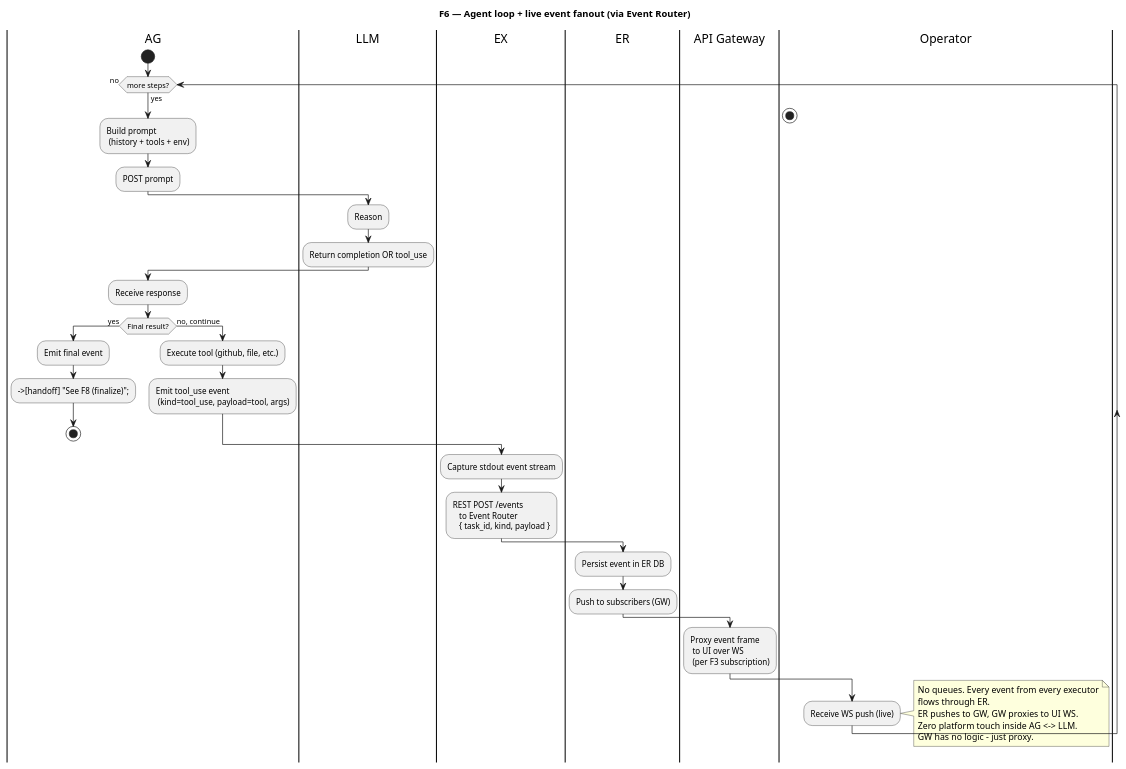
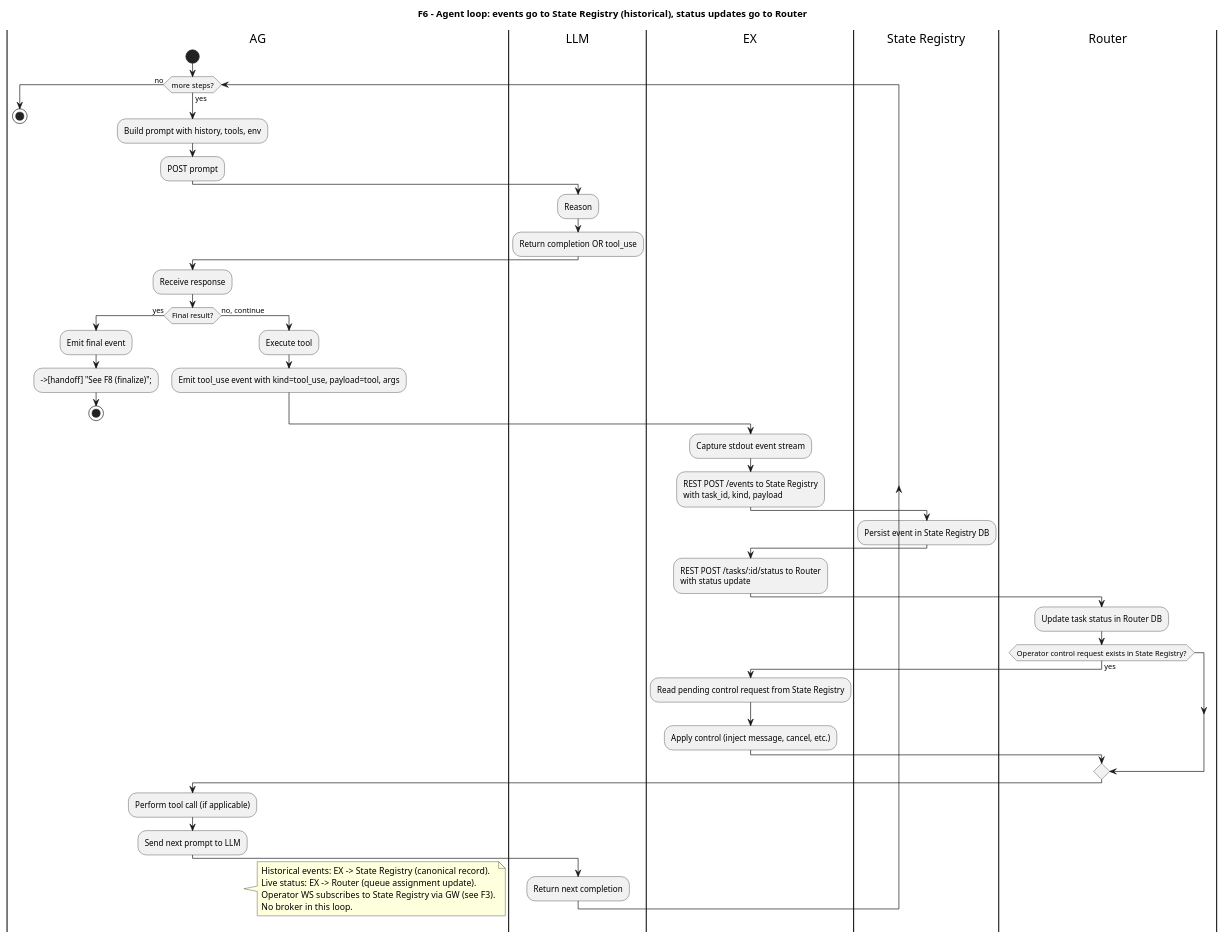
One commit to pandops/flowai changed the diagram in docs/architecture/diagrams/f6-agent-loop-fanout.puml. Above: the diagram before and after it, drawn with PlantUML. The commit also changed 4 other files, not shown here.

First line of the commit message:
docs(architecture): update execution flow diagrams

```diff
--- a/docs/architecture/diagrams/f6-agent-loop-fanout.puml
+++ b/docs/architecture/diagrams/f6-agent-loop-fanout.puml
@@ -1,57 +1,69 @@
 @startuml f6-agent-loop-fanout
-title F6 — Agent loop + live event fanout (via Event Router)
+title F6 - Agent loop: events go to State Registry (historical), status updates go to Router
 
 |AG|
 start
 while (more steps?) is (yes)
-  :Build prompt
-   (history + tools + env);
+  :Build prompt with history, tools, env;
   :POST prompt;
 
   |LLM|
   :Reason;
   :Return completion OR tool_use;
 
   |AG|
   :Receive response;
 
   if (Final result?) then (yes)
     :Emit final event;
     -->[handoff] "See F8 (finalize)";
     stop
   else (no, continue)
-    :Execute tool (github, file, etc.);
-    :Emit tool_use event
-     (kind=tool_use, payload=tool, args);
+    :Execute tool;
+    :Emit tool_use event with kind=tool_use, payload=tool, args;
   endif
 
   |EX|
   :Capture stdout event stream;
-:REST POST /events
-   to Event Router
-   { task_id, kind, payload };
 
-  |ER|
-  :Persist event in ER DB;
-  :Push to subscribers (GW);
+  |EX|
+  :REST POST /events to State Registry
+ with task_id, kind, payload;
 
-  |API Gateway|
-  :Proxy event frame
-   to UI over WS
-   (per F3 subscription);
+  |State Registry|
+:Persist event in State Registry DB;
 
-  |Operator|
-  :Receive WS push (live);
+  |EX|
+  :REST POST /tasks/:id/status to Router
+ with status update;
+
+  |Router|
+:Update task status in Router DB;
+
+  if (Operator control request exists in State Registry?) then (yes)
+    |EX|
+    :Read pending control request from State Registry;
+    :Apply control (inject message, cancel, etc.);
+  endif
+
+  |AG|
+  :Perform tool call (if applicable);
+
+  :Send next prompt to LLM;
+
+  |LLM|
+  :Return next completion;
+
+  |AG|
 endwhile (no)
 
 note right
-  No queues. Every event from every executor
-  flows through ER.
-  ER pushes to GW, GW proxies to UI WS.
-  Zero platform touch inside AG <-> LLM.
-  GW has no logic - just proxy.
+  Historical events: EX -> State Registry (canonical record).
+  Live status: EX -> Router (queue assignment update).
+  Operator WS subscribes to State Registry via GW (see F3).
+  No broker in this loop.
 end note
 
 stop
 
 @enduml
```
